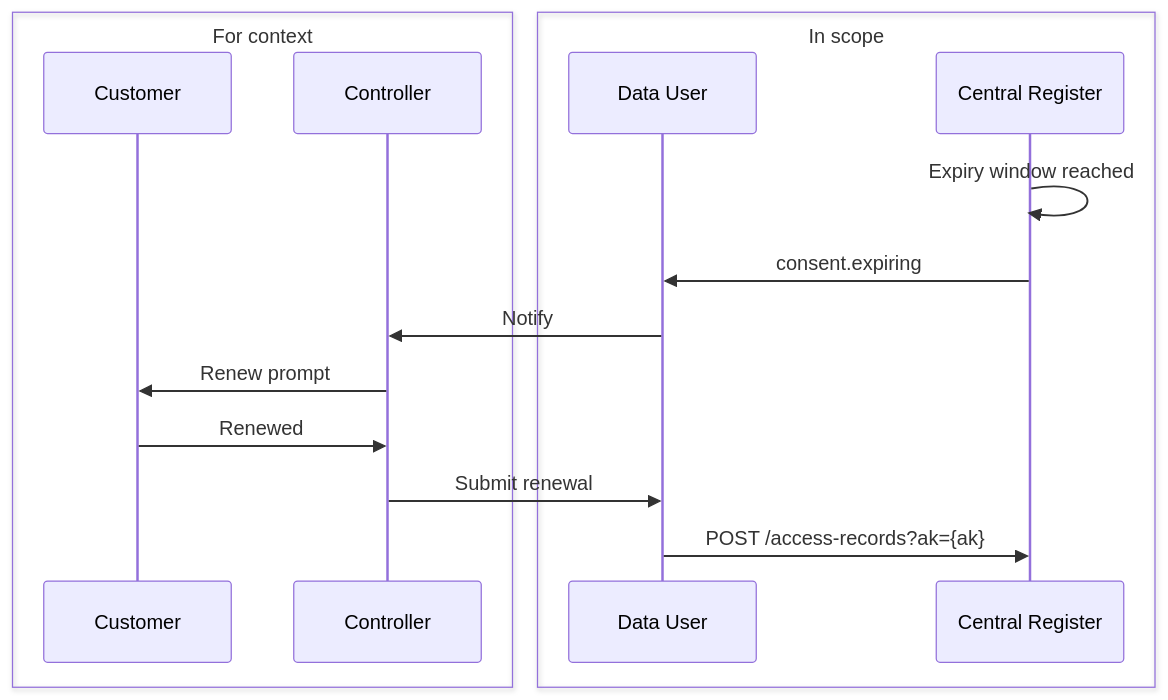
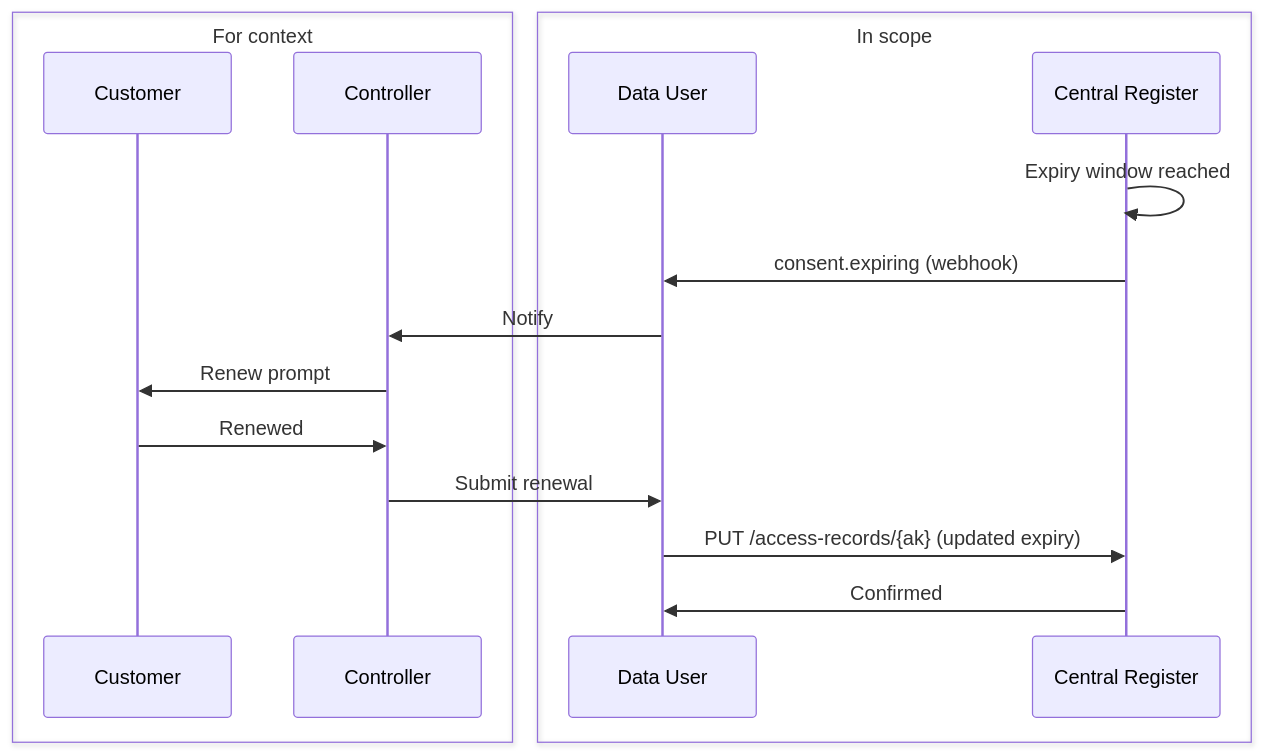
Before and after one commit to AuthEnergy/dar: the sixth of 7 diagrams in docs/index.mdx, drawn with Mermaid. The commit also changed other lines of this file and 4 other files, not shown here.

````diff
--- a/docs/index.mdx
+++ b/docs/index.mdx
@@ -134,19 +202,20 @@
 ```mermaid
 sequenceDiagram
     box For context
         participant Customer
         participant Controller
     end
     box In scope
         participant DU as Data User
         participant CR as Central Register
     end
 
     CR->>CR: Expiry window reached
-    CR->>DU: consent.expiring
+    CR->>DU: consent.expiring (webhook)
     DU->>Controller: Notify
     Controller->>Customer: Renew prompt
     Customer->>Controller: Renewed
     Controller->>DU: Submit renewal
-    DU->>CR: POST /access-records?ak={ak}
+    DU->>CR: PUT /access-records/{ak} (updated expiry)
+    CR->>DU: Confirmed
 ```
````
